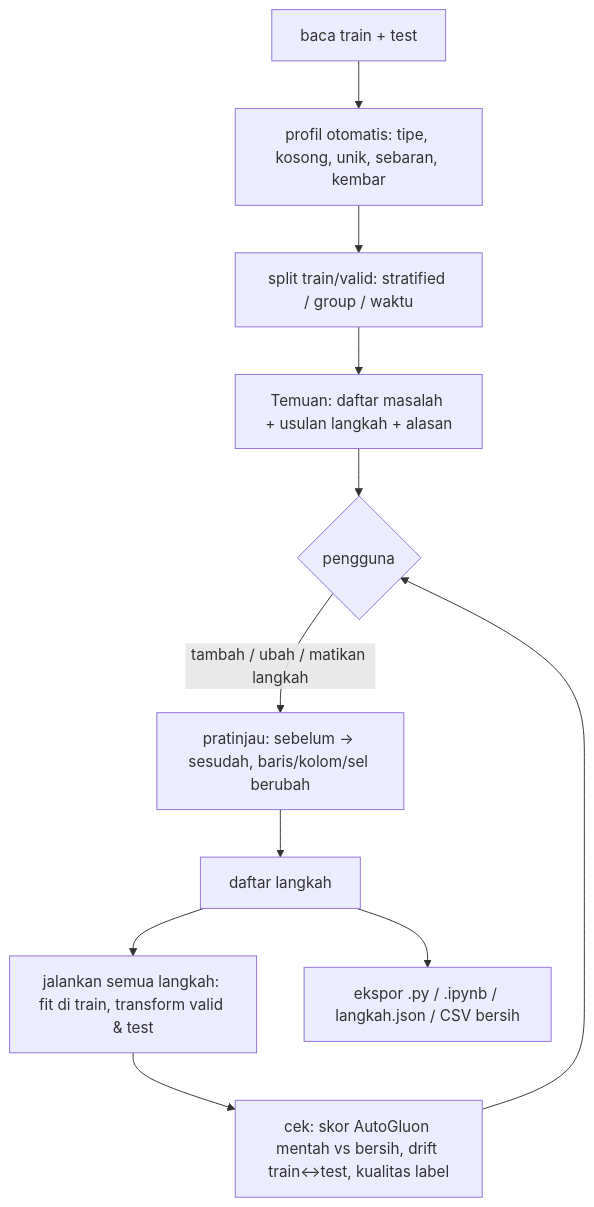
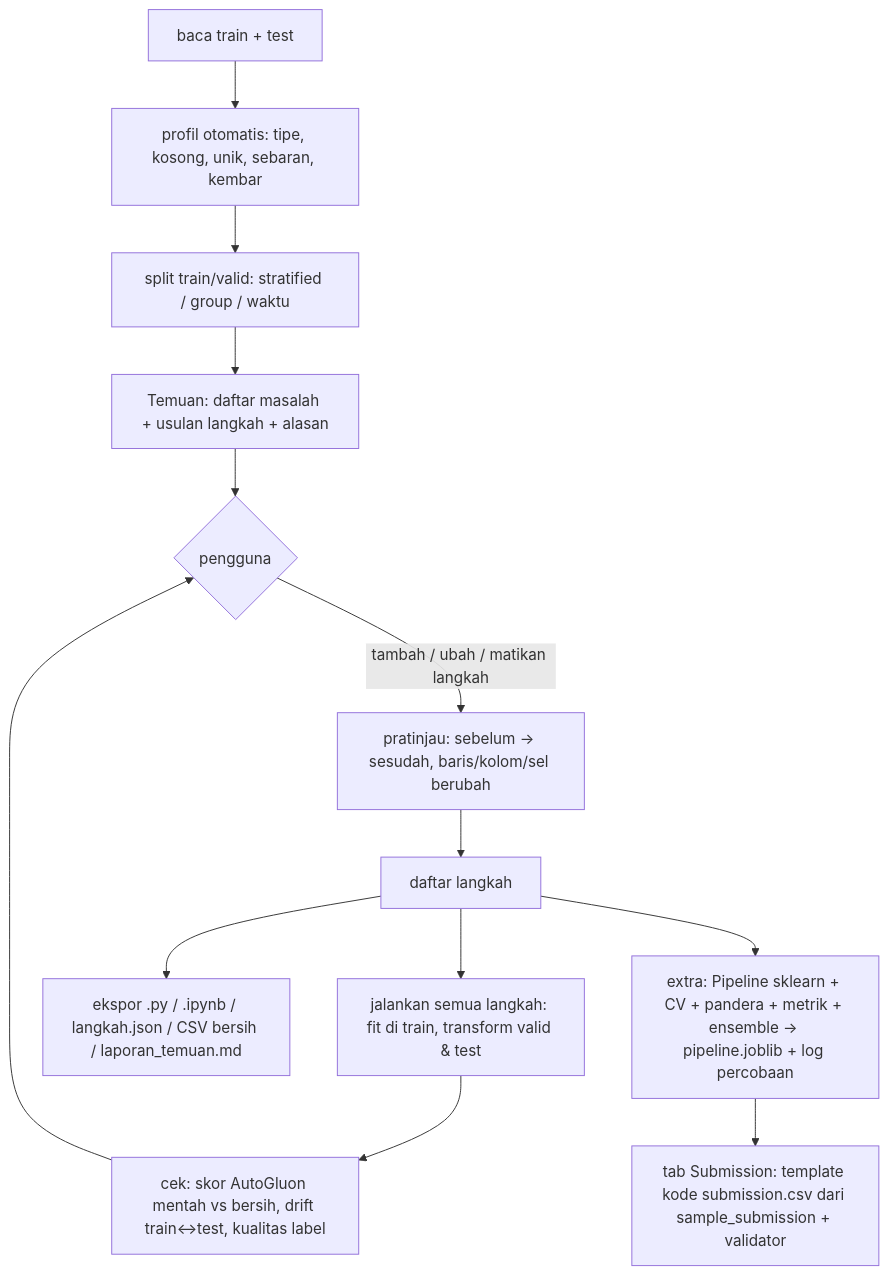
The diagram in _laya_eda_v2/VISI.md (AizenHex/not-a-super-secret-weapon), drawn with Mermaid before and after one commit. The commit also changed other lines of this file and 7 other files, not shown here.

````diff
--- a/_laya_eda_v2/VISI.md
+++ b/_laya_eda_v2/VISI.md
@@ -37,13 +78,15 @@
 ```mermaid
 flowchart TD
   A[baca train + test] --> B[profil otomatis: tipe, kosong, unik, sebaran, kembar]
   B --> C[split train/valid: stratified / group / waktu]
   C --> D[Temuan: daftar masalah + usulan langkah + alasan]
   D --> E{pengguna}
   E -- tambah / ubah / matikan langkah --> F[pratinjau: sebelum → sesudah, baris/kolom/sel berubah]
   F --> G[daftar langkah]
   G --> H[jalankan semua langkah: fit di train, transform valid & test]
   H --> I[cek: skor AutoGluon mentah vs bersih, drift train↔test, kualitas label]
   I --> E
-  G --> J[ekspor .py / .ipynb / langkah.json / CSV bersih]
+  G --> J[ekspor .py / .ipynb / langkah.json / CSV bersih / laporan_temuan.md]
+  G --> K[extra: Pipeline sklearn + CV + pandera + metrik + ensemble → pipeline.joblib + log percobaan]
+  K --> L[tab Submission: template kode submission.csv dari sample_submission + validator]
 ```
````
